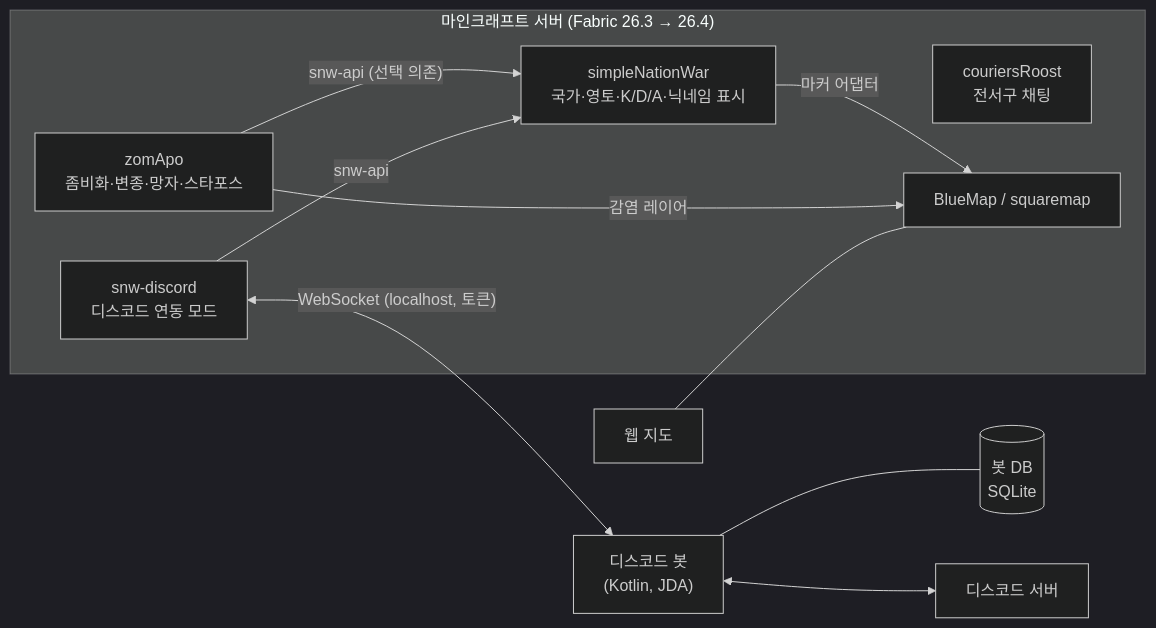
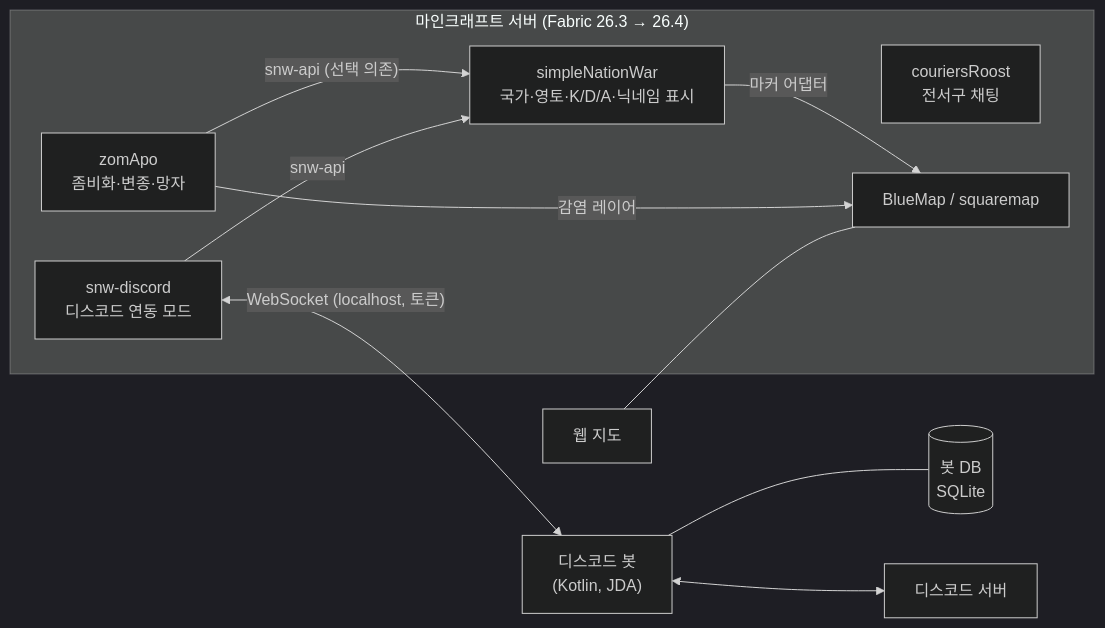
The diagram in docs/server/README.md (menonng/zomApo), drawn with Mermaid (dark theme) before and after one commit. The commit also changed other lines of this file and 6 other files, not shown here.

````diff
--- a/docs/server/README.md
+++ b/docs/server/README.md
@@ -79,21 +79,21 @@
 ```mermaid
 flowchart LR
   subgraph MC["마인크래프트 서버 (Fabric 26.3 → 26.4)"]
-    ZA["zomApo<br/>좀비화·변종·망자·스타포스"]
+    ZA["zomApo<br/>좀비화·변종·망자"]
     SNW["simpleNationWar<br/>국가·영토·K/D/A·닉네임 표시"]
     SND["snw-discord<br/>디스코드 연동 모드"]
     CR["couriersRoost<br/>전서구 채팅"]
     MAP["BlueMap / squaremap"]
     ZA -- "snw-api (선택 의존)" --> SNW
     SND -- "snw-api" --> SNW
     SNW -- "마커 어댑터" --> MAP
     ZA -- "감염 레이어" --> MAP
   end
   BOT["디스코드 봇<br/>(Kotlin, JDA)"]
   DB[("봇 DB<br/>SQLite")]
   DC["디스코드 서버"]
   SND <-- "WebSocket (localhost, 토큰)" --> BOT
   BOT --- DB
   BOT <--> DC
   WEB["웹 지도"] --- MAP
 ```
````
